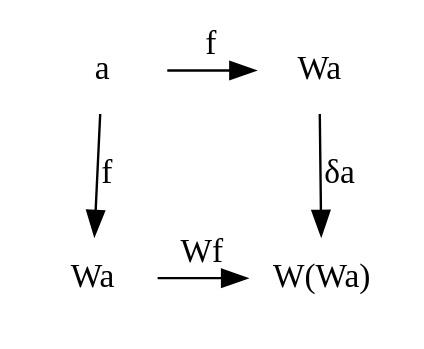
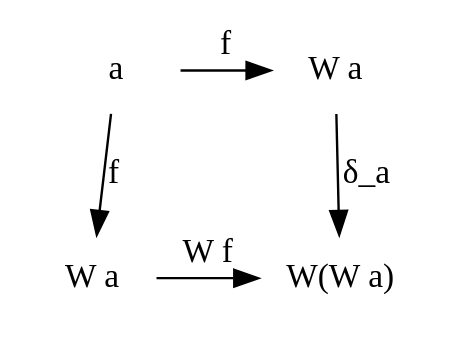
The diagram in chapter25-challenge2-unit-square.dot (evenbrenden/ct4p-challenges), drawn with Graphviz before and after one commit. The commit also changed 25 other files, not shown here.

```diff
--- a/chapter25-challenge2-unit-square.dot
+++ b/chapter25-challenge2-unit-square.dot
@@ -1,16 +1,16 @@
 digraph {
   node [shape=plaintext]
 
   a [label="a"]
-  WaTR [label="Wa"]
-  WaBL [label="Wa"]
-  WWa [label="W(Wa)"]
+  WaTR [label="W a"]
+  WaBL [label="W a"]
+  WWa [label="W(W a)"]
 
   { rank=same WaBL a }
   { rank=same WWa WaTR }
 
   a -> WaTR [label="f"]
   a -> WaBL [label="f"]
-  WaTR -> WWa [label="Wf"]
-  WaBL -> WWa [label="δa"]
+  WaTR -> WWa [label="W f"]
+  WaBL -> WWa [label="δ_a"]
 }
```
